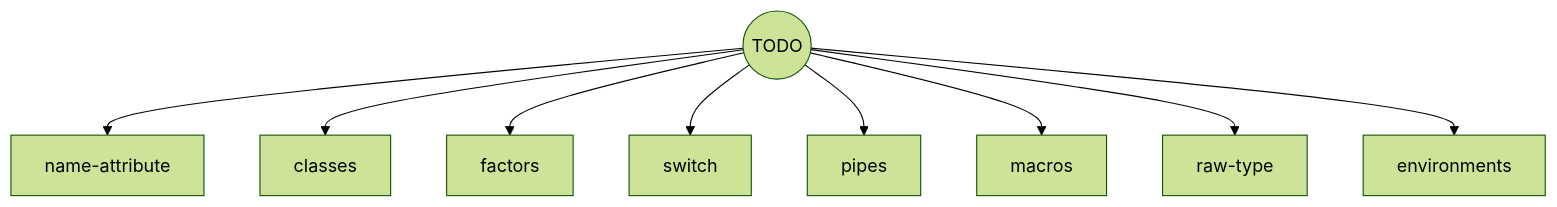
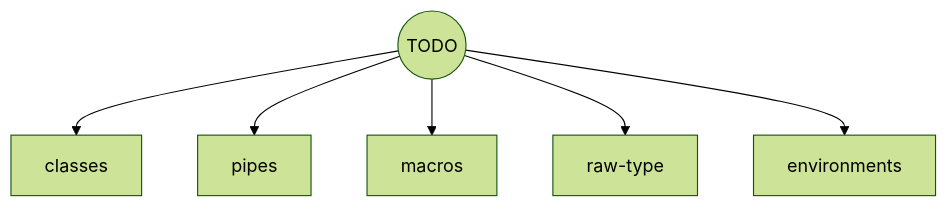
One commit to colinleach/r_concepts changed the second of 2 diagrams in flowchart.md. Above: the diagram before and after it, drawn with Mermaid (forest theme). The commit also changed other lines of this file and 6 other files, not shown here.

````diff
--- a/flowchart.md
+++ b/flowchart.md
@@ -43,12 +48,9 @@
 ```mermaid
 graph TD
     
-todo(("TODO")) --> name-attribute
-todo --> classes
-todo --> factors 
-todo --> switch
+todo(("TODO")) --> classes
 todo --> pipes
 todo --> macros
 todo --> raw-type
 todo --> environments
 ```
````
